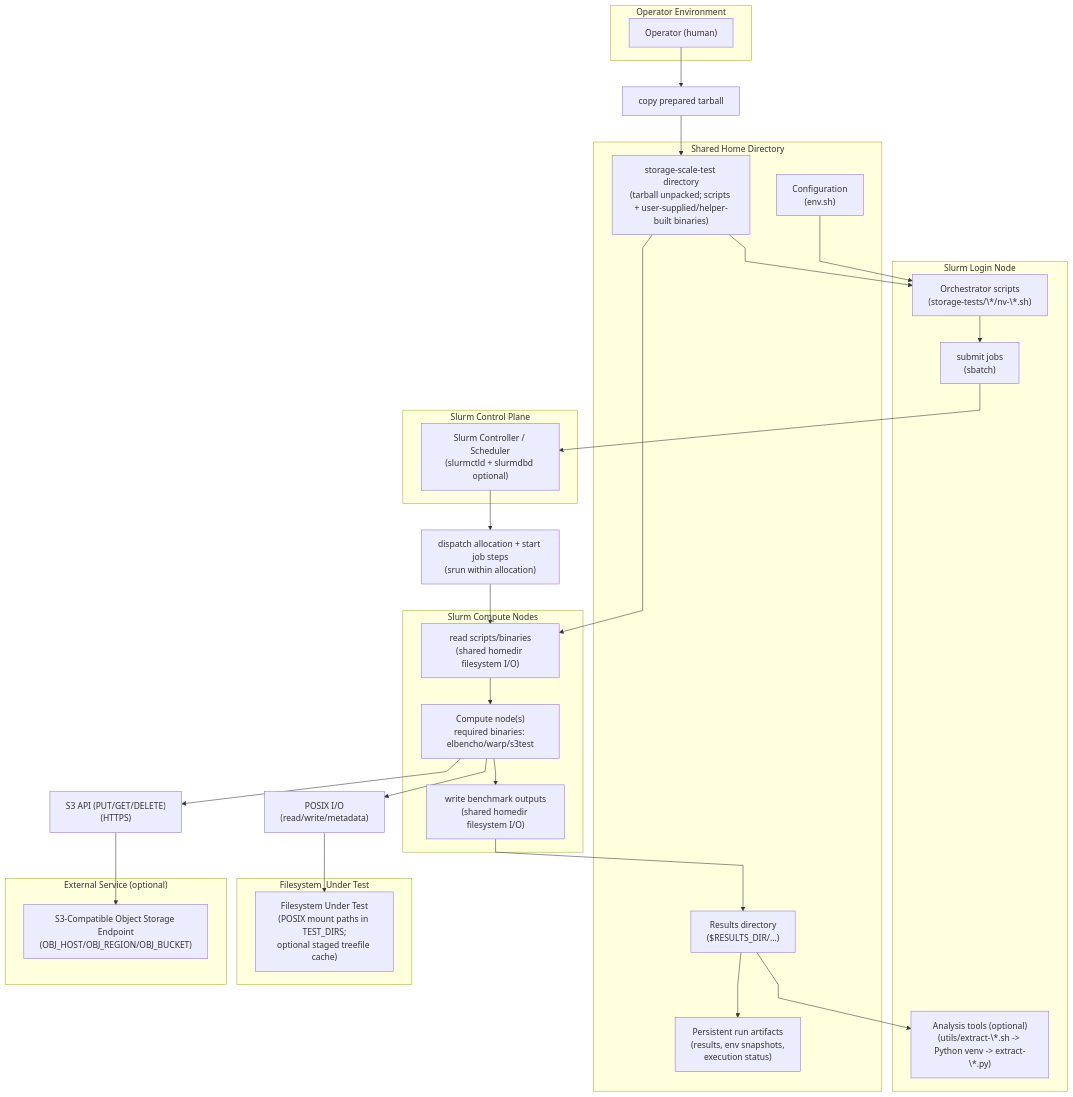
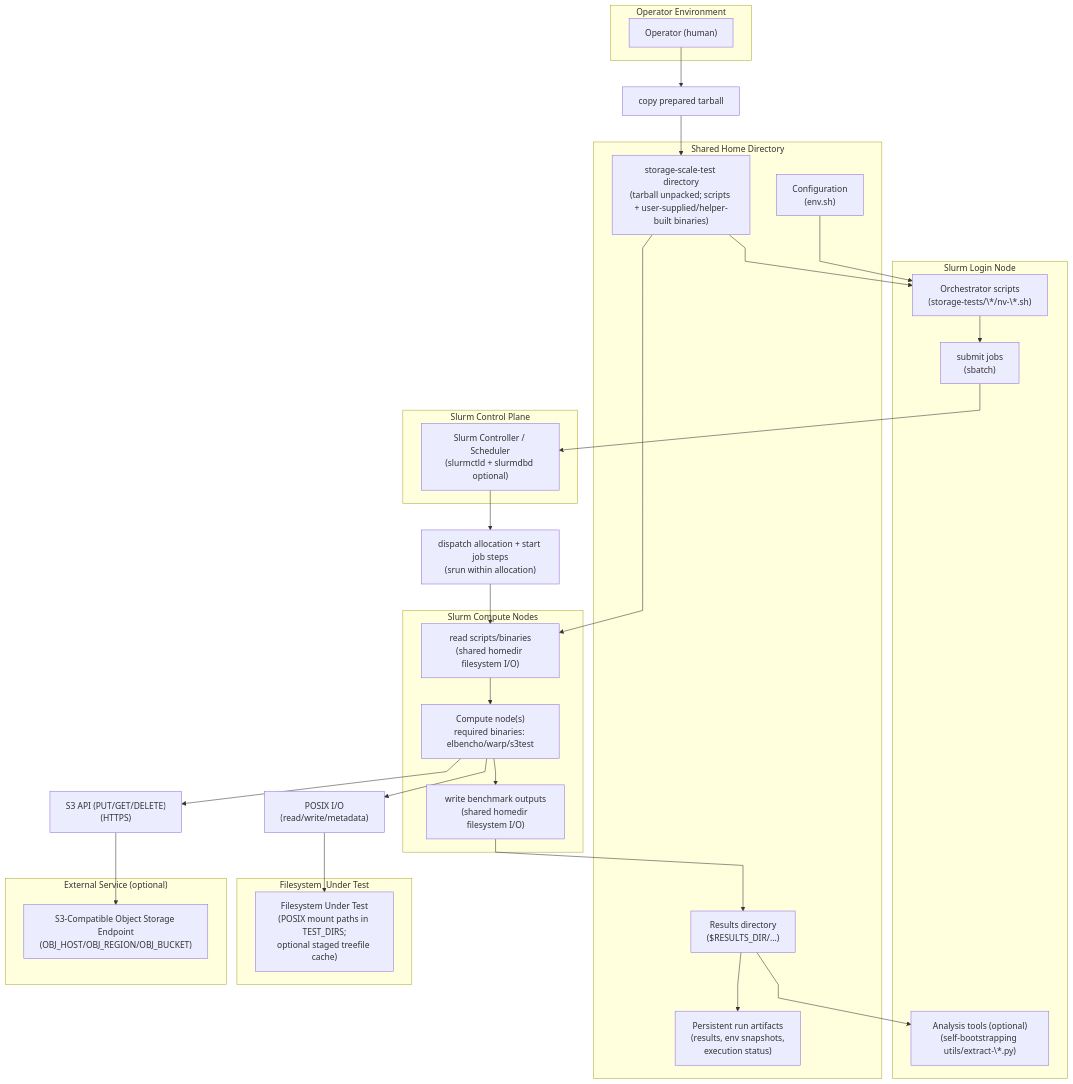
The second of 3 diagrams in docs/ARCHITECTURE_DIAGRAMS.md (NVIDIA/storage-scale-test), drawn with Mermaid before and after one commit. The commit also changed other lines of this file and 37 other files, not shown here.

First line of the commit message:
refactor: bootstrap Python tools without shell wrappers

````diff
--- a/docs/ARCHITECTURE_DIAGRAMS.md
+++ b/docs/ARCHITECTURE_DIAGRAMS.md
@@ -122,60 +122,60 @@
 ```mermaid
 %%{init: {"flowchart": {"curve": "linear"}}}%%
 flowchart TB
   %% Slurm Mode: orchestration from a login node, jobs dispatched via Slurm.
   %% Note: Many Slurm environments have a shared homedir (e.g., NFS $HOME) distinct from the filesystem under test.
 
   subgraph OP["Operator Environment"]
     U["Operator (human)"]
   end
 
   subgraph LN["Slurm Login Node"]
     ORCH["Orchestrator scripts<br/>(storage-tests/\*/nv-\*.sh)"]
     SBATCH["submit jobs<br/>(sbatch)"]
-    ANA["Analysis tools (optional)<br/>(utils/extract-\*.sh -> Python venv -> extract-\*.py)"]
+    ANA["Analysis tools (optional)<br/>(self-bootstrapping utils/extract-\*.py)"]
   end
 
   subgraph HOME["Shared Home Directory"]
     CODE["storage-scale-test directory<br/>(tarball unpacked; scripts + user-supplied/helper-built binaries)"]
     ENV["Configuration<br/>(env.sh)"]
     RES["Results directory<br/>($RESULTS_DIR/...)"]
     STATE["Persistent run artifacts<br/>(results, env snapshots,<br/>execution status)"]
   end
 
   subgraph SL["Slurm Control Plane"]
     SC["Slurm Controller / Scheduler<br/>(slurmctld + slurmdbd optional)"]
   end
 
   subgraph CN["Slurm Compute Nodes"]
     READCODE["read scripts/binaries<br/>(shared homedir filesystem I/O)"]
     C1["Compute node(s)<br/>required binaries: elbencho/warp/s3test"]
     WRITEOUT["write benchmark outputs<br/>(shared homedir filesystem I/O)"]
   end
 
   subgraph ST["Filesystem &nbsp;Under Test"]
     FS["Filesystem Under Test<br/>(POSIX mount paths in TEST_DIRS;<br/>optional staged treefile cache)"]
   end
 
   subgraph SUT["External Service (optional)"]
     S3["S3-Compatible Object Storage Endpoint<br/>(OBJ_HOST/OBJ_REGION/OBJ_BUCKET)"]
   end
 
   COPY["copy prepared tarball"]
   U --> COPY --> CODE
   CODE --> ORCH
   ENV --> ORCH
 
   CODE --> READCODE --> C1
   SRUN["dispatch allocation + start job steps<br/>(srun within allocation)"]
   ORCH --> SBATCH --> SC
   SC --> SRUN --> READCODE
 
   POSIXIO["POSIX I/O<br/>(read/write/metadata)"]
   S3API["S3 API (PUT/GET/DELETE)<br/>(HTTPS)"]
   C1 --> POSIXIO --> FS
   C1 --> S3API --> S3
 
   C1 --> WRITEOUT --> RES --> STATE
 
   RES --> ANA
 ```
````
